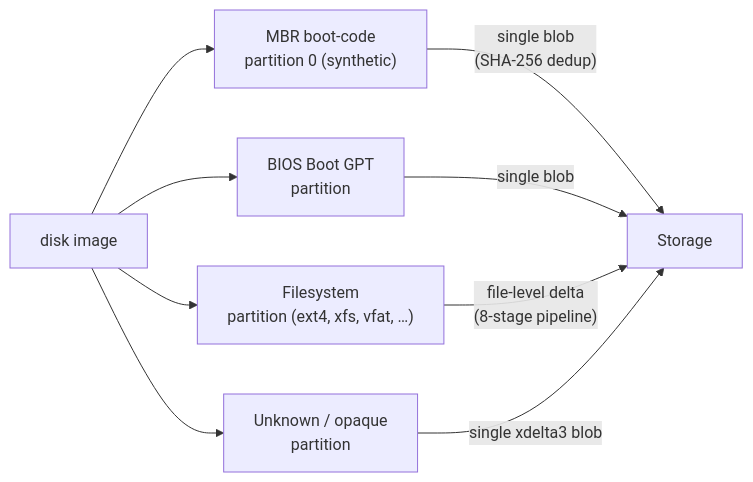
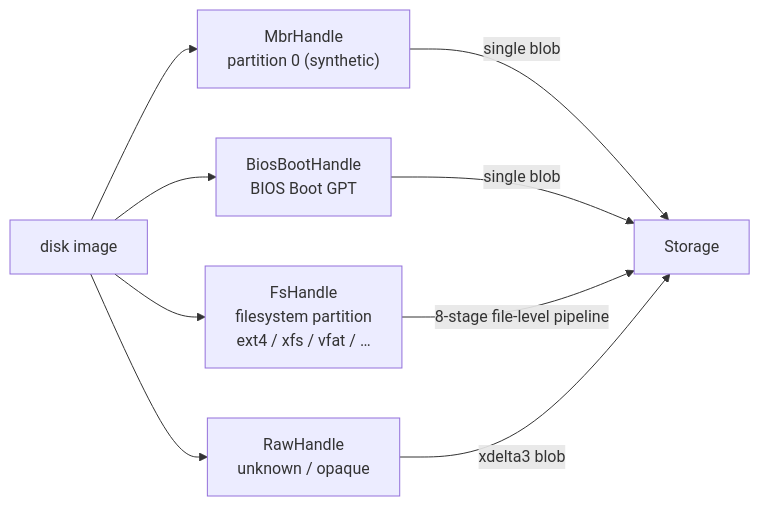
One commit to JulesIMF/imgdelta changed the seventh of 7 diagrams in book/src/architecture.md. Above: the diagram before and after it, drawn with Mermaid. The commit also changed other lines of this file and 6 other files, not shown here.

First line of the commit message:
docs: refactor architecture documentation and improve clarity

````diff
--- a/book/src/architecture.md
+++ b/book/src/architecture.md
@@ -276,12 +364,12 @@
 ```mermaid
 graph LR
-    IMG["disk image"] --> MBR["MBR boot-code\npartition 0 (synthetic)"]
-    IMG --> BIOS["BIOS Boot GPT\npartition"]
-    IMG --> FS["Filesystem\npartition (ext4, xfs, vfat, …)"]
-    IMG --> RAW["Unknown / opaque\npartition"]
+    IMG["disk image"] --> MBR["MbrHandle<br/>partition 0 (synthetic)"]
+    IMG --> BIOS["BiosBootHandle<br/>BIOS Boot GPT"]
+    IMG --> FS["FsHandle<br/>filesystem partition<br/>ext4 / xfs / vfat / …"]
+    IMG --> RAW["RawHandle<br/>unknown / opaque"]
 
-    MBR -->|"single blob\n(SHA-256 dedup)"| ST["Storage"]
+    MBR -->|"single blob"| ST["Storage"]
     BIOS -->|"single blob"| ST
-    FS -->|"file-level delta\n(8-stage pipeline)"| ST
-    RAW -->|"single xdelta3 blob"| ST
+    FS -->|"8-stage file-level pipeline"| ST
+    RAW -->|"xdelta3 blob"| ST
 ```
````
